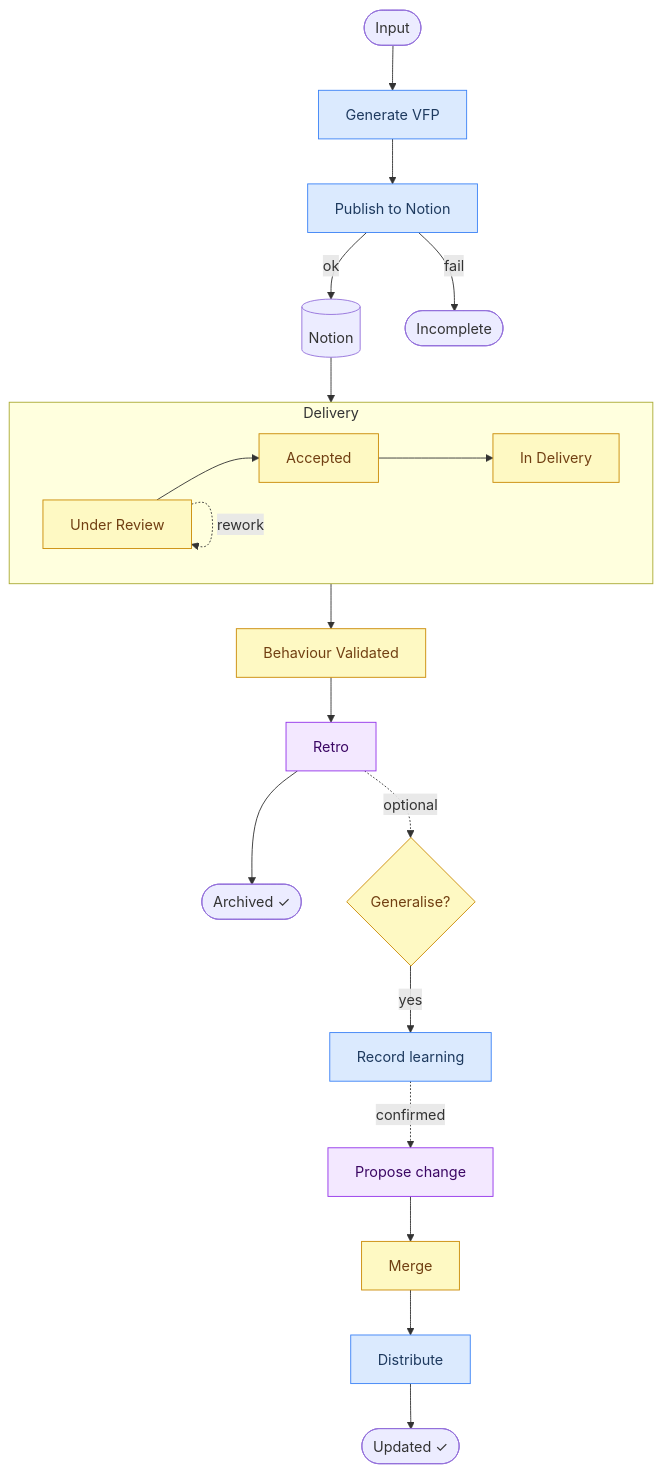
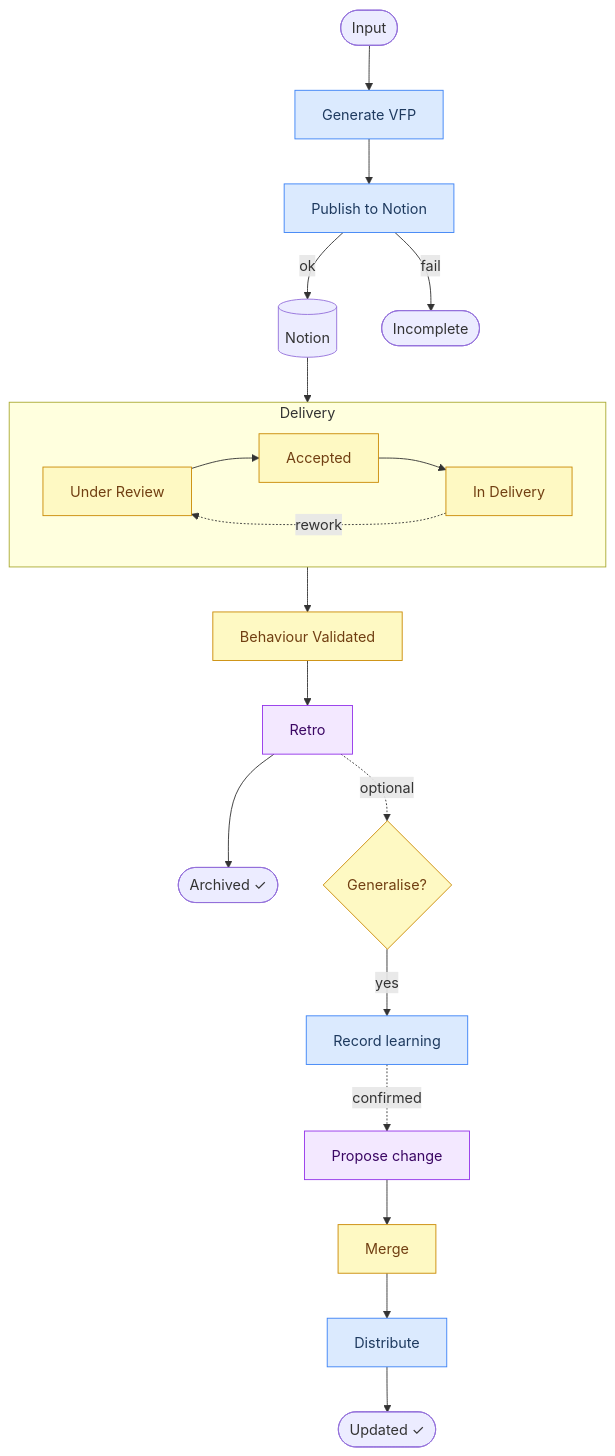
The diagram in README.md (jgleal/vfp-agent), drawn with Mermaid before and after one commit.

Commit message:
docs: fix rework arrow — In Delivery back to Under Review

````diff
--- a/README.md
+++ b/README.md
@@ -11,29 +11,29 @@
 ```mermaid
 flowchart TD
     A([Input]) --> B[Generate VFP]:::agent
     B --> D[Publish to Notion]:::agent
     D -- ok --> E[(Notion)]
     D -- fail --> F([Incomplete])
     E --> G1
 
     subgraph del[Delivery]
         direction LR
         G1[Under Review]:::human --> G2[Accepted]:::human
         G2 --> G3[In Delivery]:::human
-        G1 -.->|rework| G1
+        G3 -.->|rework| G1
     end
 
     G3 --> H[Behaviour Validated]:::human
     H --> I[Retro]:::collab
     I --> J([Archived ✓])
     I -.->|optional| K{Generalise?}:::human
     K -- yes --> M[Record learning]:::agent
     M -.->|confirmed| P[Propose change]:::collab
     P --> Q[Merge]:::human
     Q --> R[Distribute]:::agent
     R --> S([Updated ✓])
 
     classDef agent fill:#dbeafe,stroke:#3b82f6,color:#1e3a5f
     classDef human fill:#fef9c3,stroke:#ca8a04,color:#713f12
     classDef collab fill:#f3e8ff,stroke:#9333ea,color:#3b0764
 ```
````
